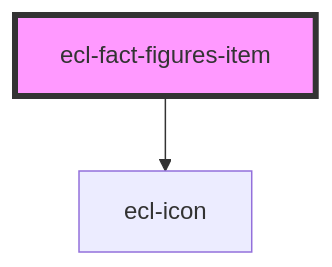
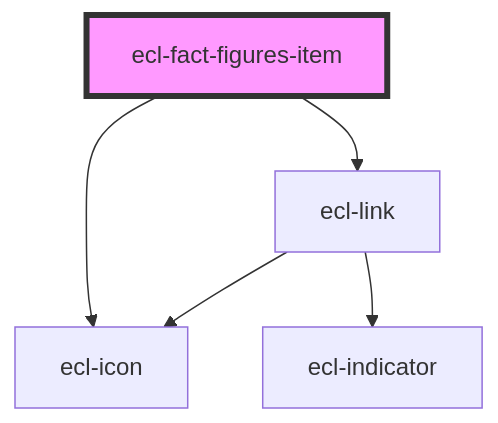
Before and after one commit to ec-europa/ecl-webcomponents: the diagram in src/components/ecl-fact-figures/readme.md, drawn with Mermaid. The commit also changed other lines of this file and 12 other files, not shown here.

Commit message:
chore: Adding sources for individual items in animated numbers and fact and figures

````diff
--- a/src/components/ecl-fact-figures/readme.md
+++ b/src/components/ecl-fact-figures/readme.md
@@ -27,5 +30,8 @@
 ```mermaid
 graph TD;
   ecl-fact-figures-item --> ecl-icon
+  ecl-fact-figures-item --> ecl-link
+  ecl-link --> ecl-icon
+  ecl-link --> ecl-indicator
   style ecl-fact-figures-item fill:#f9f,stroke:#333,stroke-width:4px
 ```
````
